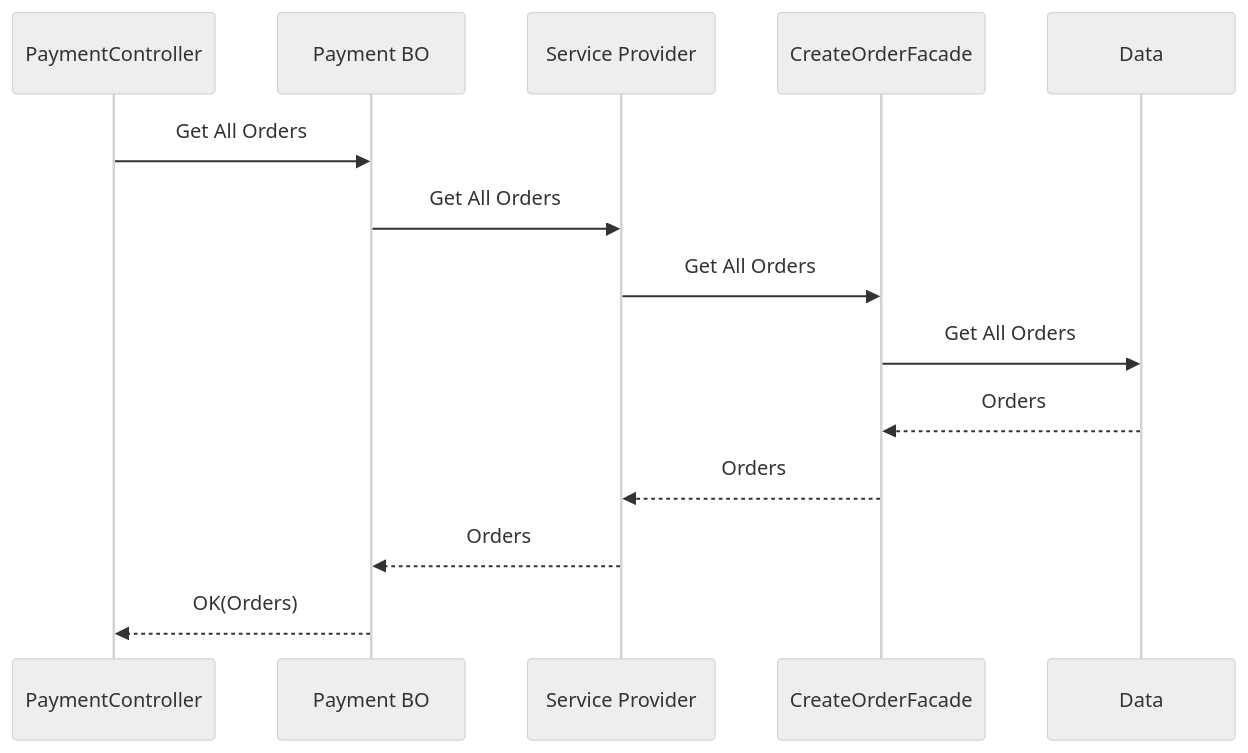
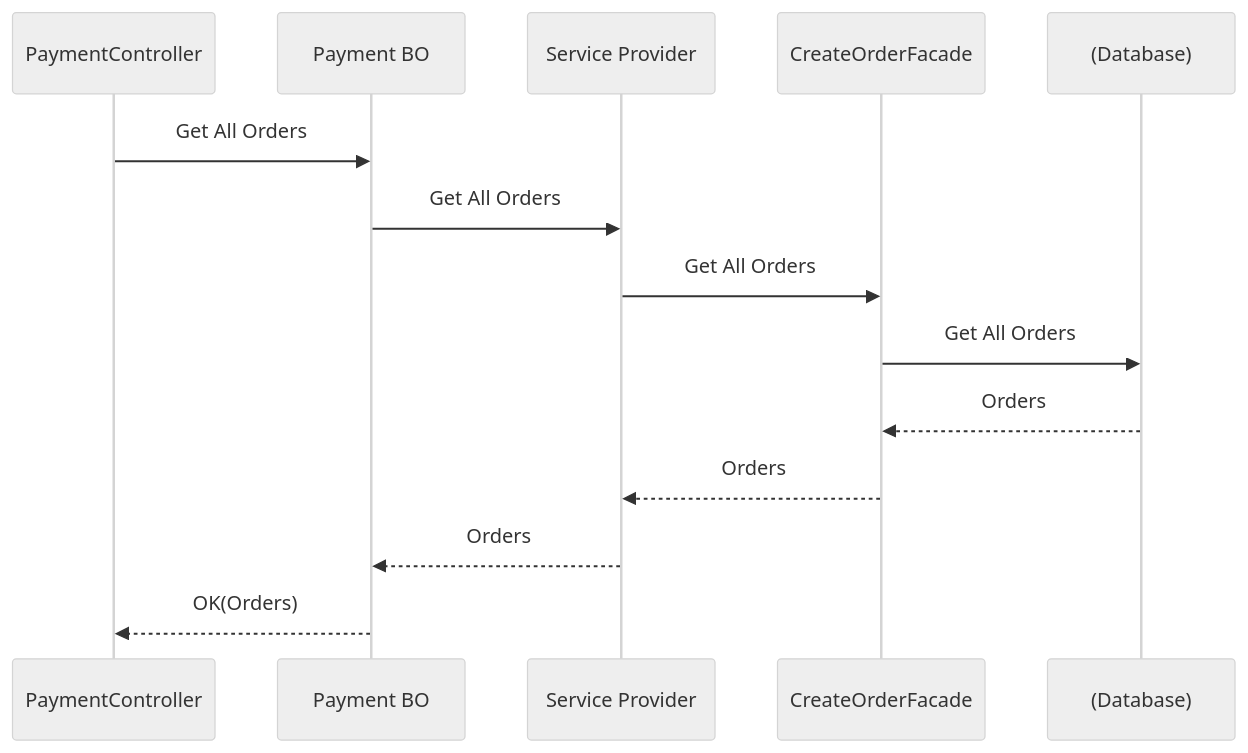
Before and after one commit to freedeveloperjagg/aviva: the sixth of 9 diagrams in README.md, drawn with Mermaid (neutral theme). The commit also changed other lines of this file and 2 other files, not shown here.

````diff
--- a/README.md
+++ b/README.md
@@ -59,17 +176,16 @@
 ```mermaid
 sequenceDiagram
-participant C as PaymentController
-participant BO as Payment BO
-participant SE as Service Provider
-participant FA as CreateOrderFacade
-participant DA as Data
-
-    C->>  BO: Get All Orders
-    BO ->> SE: Get All Orders
-    SE ->> FA: Get All Orders
-    FA ->> DA: Get All Orders
-    DA -->> FA: Orders
-    FA -->> SE: Orders 
-    SE -->> BO: Orders  
-    BO -->> C: OK(Orders)
+    participant C as PaymentController
+    participant BO as Payment BO
+    participant SE as Service Provider
+    participant FA as CreateOrderFacade
+    participant DA as (Database)
+    C->>BO: Get All Orders
+    BO->>SE: Get All Orders
+    SE->>FA: Get All Orders
+    FA->>DA: Get All Orders
+    DA-->>FA: Orders
+    FA-->>SE: Orders 
+    SE-->>BO: Orders  
+    BO-->>C: OK(Orders)
 ```
````
